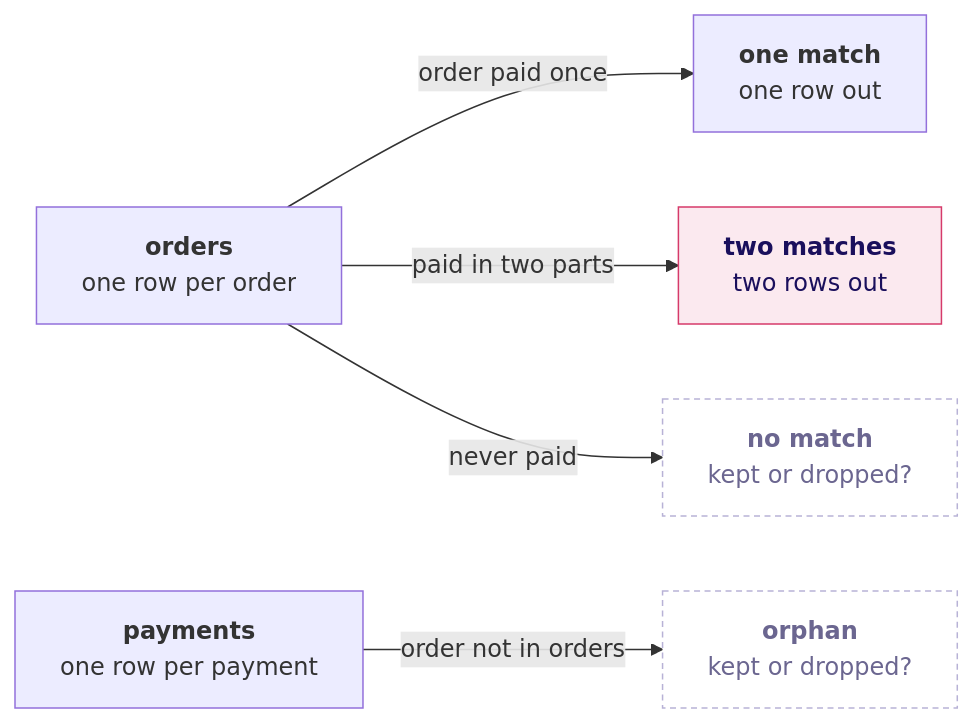
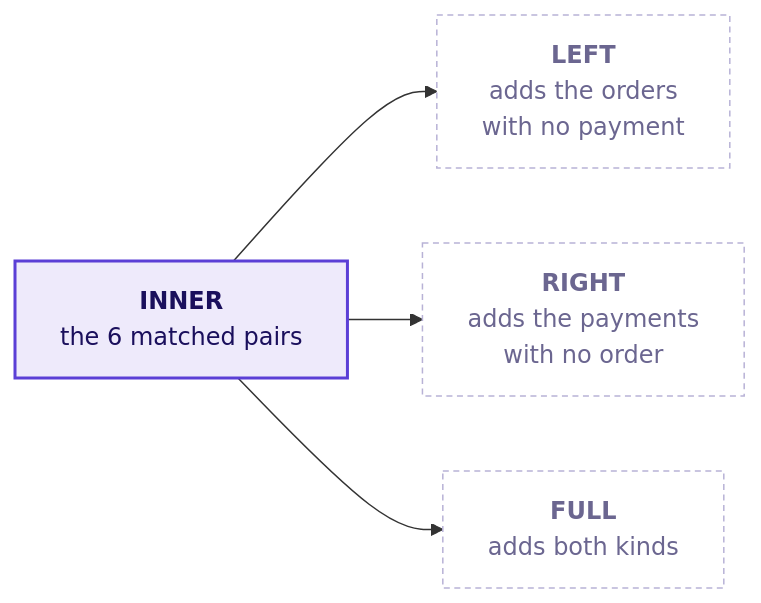
One commit to fde-academy-lab/c2-content-factory changed the fifth of 25 diagrams in content/W02/D2/slides/C2_W02_D02_half1_STUDENT.md. Above: the diagram before and after it, drawn with Mermaid. The commit also changed other lines of this file and 11 other files, not shown here.

First line of the commit message:
W02 D2: both decks rebuilt chapter by chapter to standard v3, and the notebooks without the Week 1 bulk order

````diff
--- a/content/W02/D2/slides/C2_W02_D02_half1_STUDENT.md
+++ b/content/W02/D2/slides/C2_W02_D02_half1_STUDENT.md
@@ -125,11 +392,10 @@
 ```mermaid
 flowchart LR
-    O["<b>orders</b><br/>one row per order"] -->|"order paid once"| M1["<b>one match</b><br/>one row out"]
-    O -->|"paid in two parts"| M2["<b>two matches</b><br/>two rows out"]
-    O -->|"never paid"| M0["<b>no match</b><br/>kept or dropped?"]
-    P["<b>payments</b><br/>one row per payment"] -->|"order not in orders"| X["<b>orphan</b><br/>kept or dropped?"]
-    classDef bad fill:#FBE9EF,stroke:#D63A6A,color:#1A0F5C
+    I["<b>INNER</b><br/>the 6 matched pairs"] --> L["<b>LEFT</b><br/>adds the orders<br/>with no payment"]
+    I --> R["<b>RIGHT</b><br/>adds the payments<br/>with no order"]
+    I --> F["<b>FULL</b><br/>adds both kinds"]
+    classDef known fill:#EEEAFB,stroke:#5B3FD6,color:#1A0F5C,stroke-width:2px
     classDef unknown fill:#FFFFFF,stroke:#B8B2D6,color:#6B6690,stroke-dasharray:4 3
-    class M2 bad
-    class M0,X unknown
+    class I known
+    class L,R,F unknown
 ```
````
